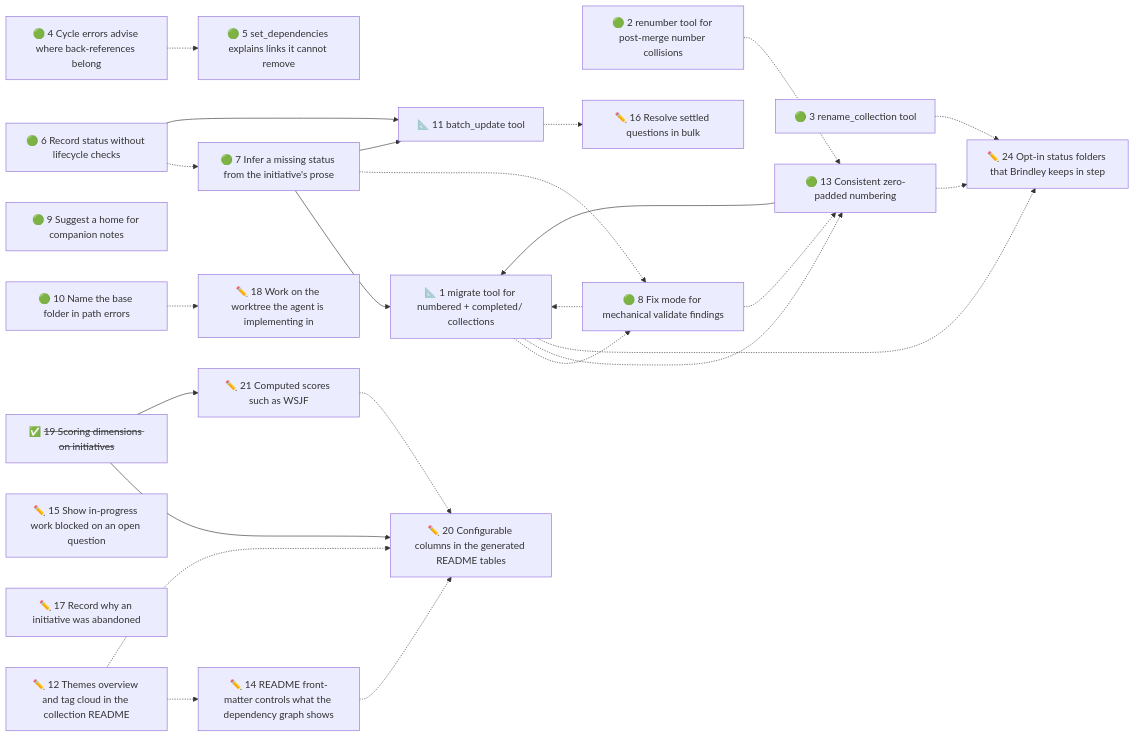
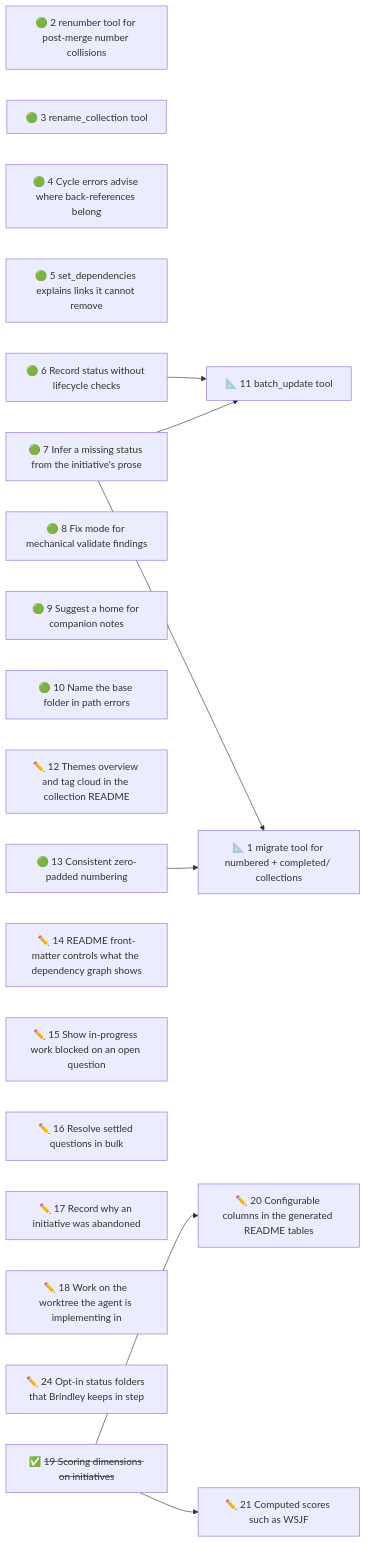
Before and after one commit to duckAsteroid/brindley: the diagram in initiatives/README.md, drawn with Mermaid. The commit also changed other lines of this file and 10 other files, not shown here.

First line of the commit message:
feat: draw ## Related links in the graph only when a collection opts in

````diff
--- a/initiatives/README.md
+++ b/initiatives/README.md
@@ -47,48 +47,31 @@
 ```mermaid
 flowchart LR
   n1["📐 1 migrate tool for numbered + completed/ collections"]
   n2["🟢 2 renumber tool for post-merge number collisions"]
   n3["🟢 3 rename_collection tool"]
   n4["🟢 4 Cycle errors advise where back-references belong"]
   n5["🟢 5 set_dependencies explains links it cannot remove"]
   n6["🟢 6 Record status without lifecycle checks"]
   n7["🟢 7 Infer a missing status from the initiative's prose"]
   n8["🟢 8 Fix mode for mechanical validate findings"]
   n9["🟢 9 Suggest a home for companion notes"]
   n10["🟢 10 Name the base folder in path errors"]
   n11["📐 11 batch_update tool"]
   n12["✏️ 12 Themes overview and tag cloud in the collection README"]
   n13["🟢 13 Consistent zero-padded numbering"]
   n14["✏️ 14 README front-matter controls what the dependency graph shows"]
   n15["✏️ 15 Show in-progress work blocked on an open question"]
   n16["✏️ 16 Resolve settled questions in bulk"]
   n17["✏️ 17 Record why an initiative was abandoned"]
   n18["✏️ 18 Work on the worktree the agent is implementing in"]
   n20["✏️ 20 Configurable columns in the generated README tables"]
   n21["✏️ 21 Computed scores such as WSJF"]
   n24["✏️ 24 Opt-in status folders that Brindley keeps in step"]
   n19["✅ <s>19 Scoring dimensions on initiatives</s>"]
   n7 --> n1
   n13 --> n1
-  n8 -.-> n1
-  n4 -.-> n5
-  n6 -.-> n7
-  n7 -.-> n8
-  n1 -.-> n8
   n6 --> n11
   n7 --> n11
-  n1 -.-> n13
-  n2 -.-> n13
-  n8 -.-> n13
-  n12 -.-> n14
-  n11 -.-> n16
-  n10 -.-> n18
   n19 --> n20
-  n12 -.-> n20
-  n14 -.-> n20
-  n21 -.-> n20
   n19 --> n21
-  n13 -.-> n24
-  n3 -.-> n24
-  n1 -.-> n24
 ```
````
